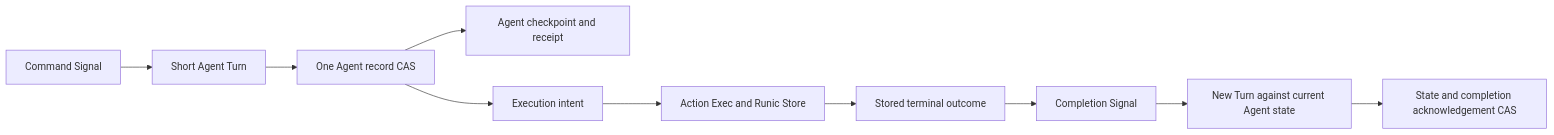
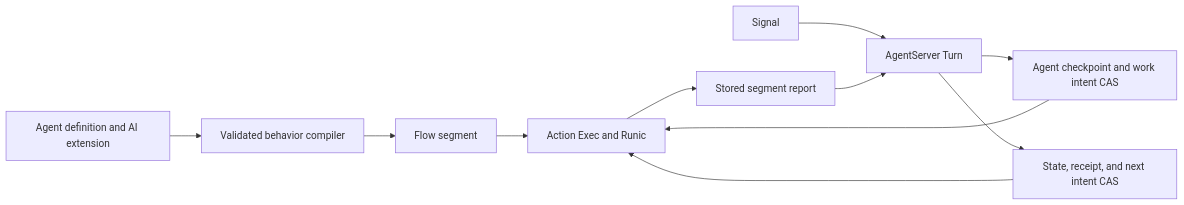
Before and after one commit to agentjido/jido: the diagram in docs/design/08_agent-server/durable-execution.md, drawn with Mermaid. The commit also changed other lines of this file and 304 other files, not shown here.

Commit message:
chore: checkpoint agent contracts and local server runtime

````diff
--- a/docs/design/08_agent-server/durable-execution.md
+++ b/docs/design/08_agent-server/durable-execution.md
@@ -64,12 +79,13 @@
 ```mermaid
 flowchart LR
-  S[Command Signal] --> T[Short Agent Turn]
-  T --> C[One Agent record CAS]
-  C --> A[Agent checkpoint and receipt]
-  C --> I[Execution intent]
-  I --> R[Action Exec and Runic Store]
-  R --> O[Stored terminal outcome]
-  O --> N[Completion Signal]
-  N --> U[New Turn against current Agent state]
-  U --> K[State and completion acknowledgement CAS]
+  D[Agent definition and AI extension] --> B[Validated behavior compiler]
+  B --> F[Flow segment]
+  S[Signal] --> T[AgentServer Turn]
+  T --> C[Agent checkpoint and work intent CAS]
+  C --> R[Action Exec and Runic]
+  F --> R
+  R --> P[Stored segment report]
+  P --> T
+  T --> K[State, receipt, and next intent CAS]
+  K --> R
 ```
````
